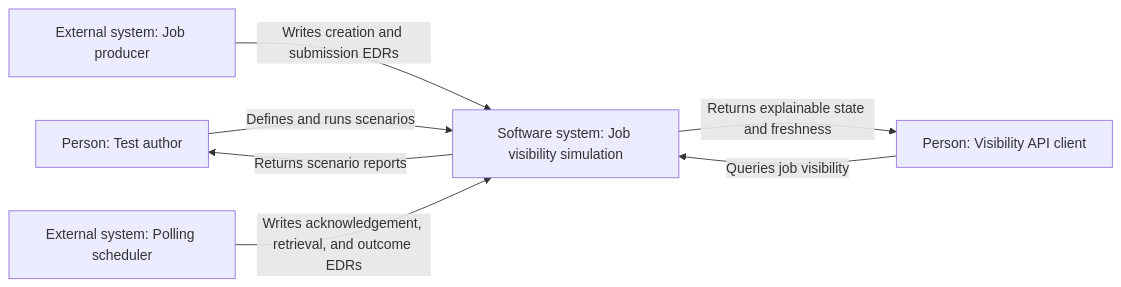
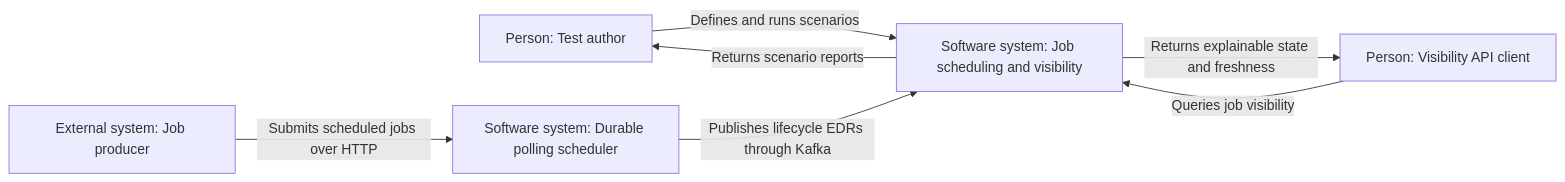
The first of 11 diagrams in architecture.md (spakai/job_scheduling_simulation), drawn with Mermaid before and after one commit. The commit also changed other lines of this file and 29 other files, not shown here.

````diff
--- a/architecture.md
+++ b/architecture.md
@@ -83,15 +88,15 @@
 ```mermaid
 flowchart LR
     testAuthor["Person: Test author"]
     apiClient["Person: Visibility API client"]
     jobProducer["External system: Job producer"]
-    scheduler["External system: Polling scheduler"]
-    visibility["Software system: Job visibility simulation"]
+    scheduler["Software system: Durable polling scheduler"]
+    visibility["Software system: Job scheduling and visibility"]
 
     testAuthor -->|"Defines and runs scenarios"| visibility
     apiClient -->|"Queries job visibility"| visibility
-    jobProducer -->|"Writes creation and submission EDRs"| visibility
-    scheduler -->|"Writes acknowledgement, retrieval, and outcome EDRs"| visibility
+    jobProducer -->|"Submits scheduled jobs over HTTP"| scheduler
+    scheduler -->|"Publishes lifecycle EDRs through Kafka"| visibility
     visibility -->|"Returns explainable state and freshness"| apiClient
     visibility -->|"Returns scenario reports"| testAuthor
 ```
````
